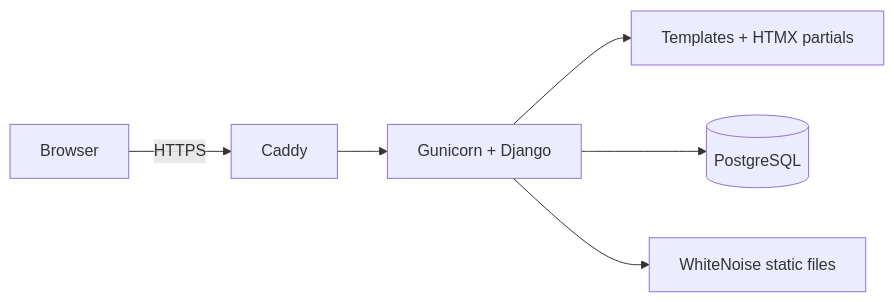
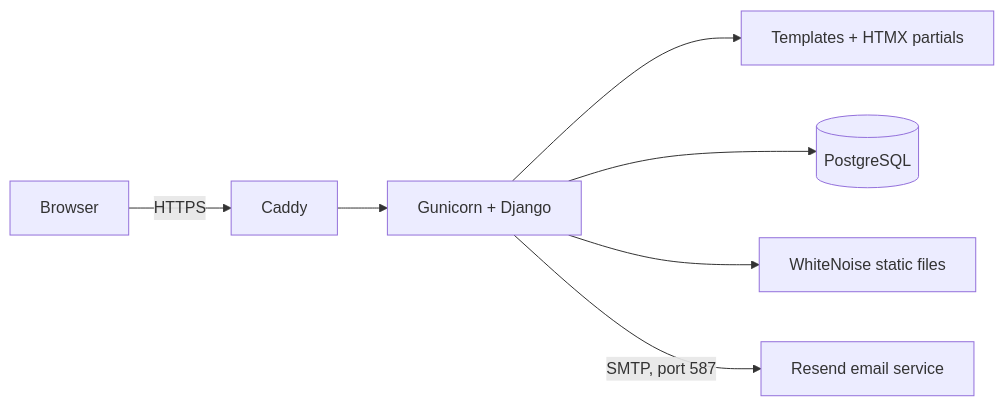
One commit to phanin/crewvia-docs changed the diagram in docs/architecture.md. Above: the diagram before and after it, drawn with Mermaid. The commit also changed other lines of this file and 20 other files, not shown here.

````diff
--- a/docs/architecture.md
+++ b/docs/architecture.md
@@ -9,8 +9,9 @@
 ```mermaid
 flowchart LR
     B[Browser] -->|HTTPS| Caddy
     Caddy --> G[Gunicorn + Django]
     G --> T[Templates + HTMX partials]
     G --> DB[(PostgreSQL)]
     G --> WN[WhiteNoise static files]
+    G -->|SMTP, port 587| R[Resend email service]
 ```
````
